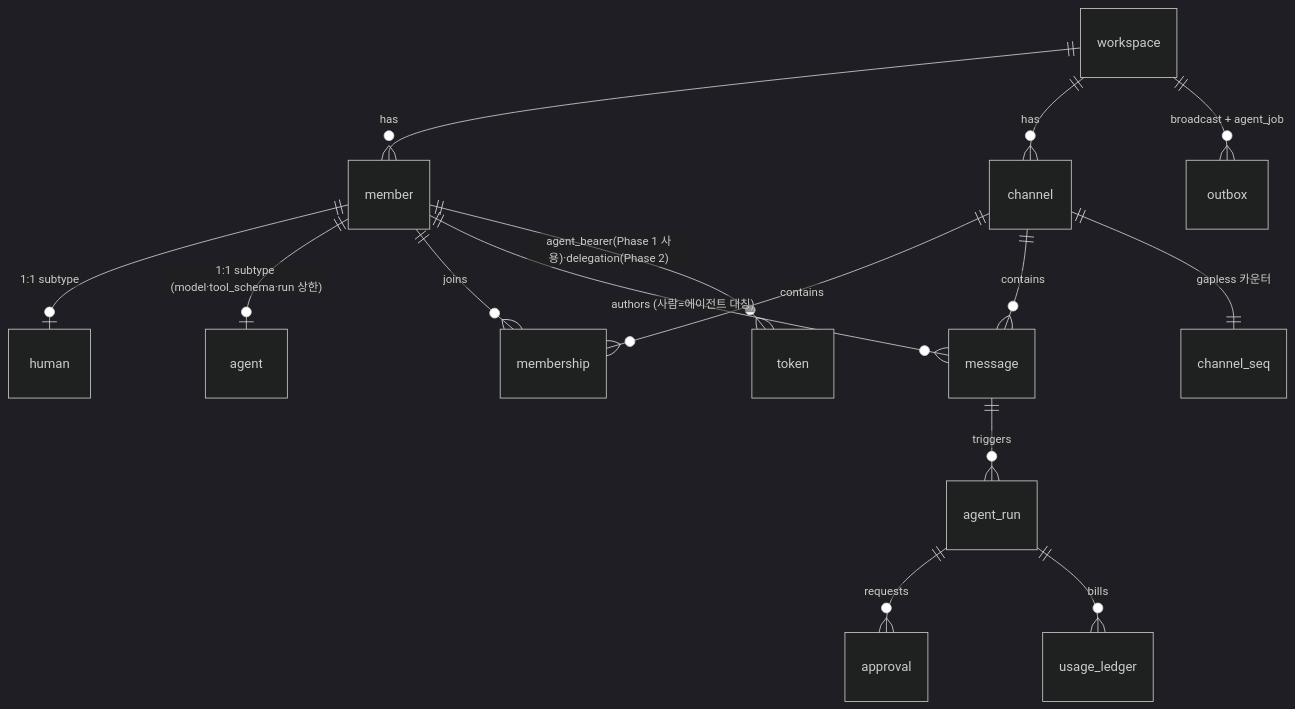
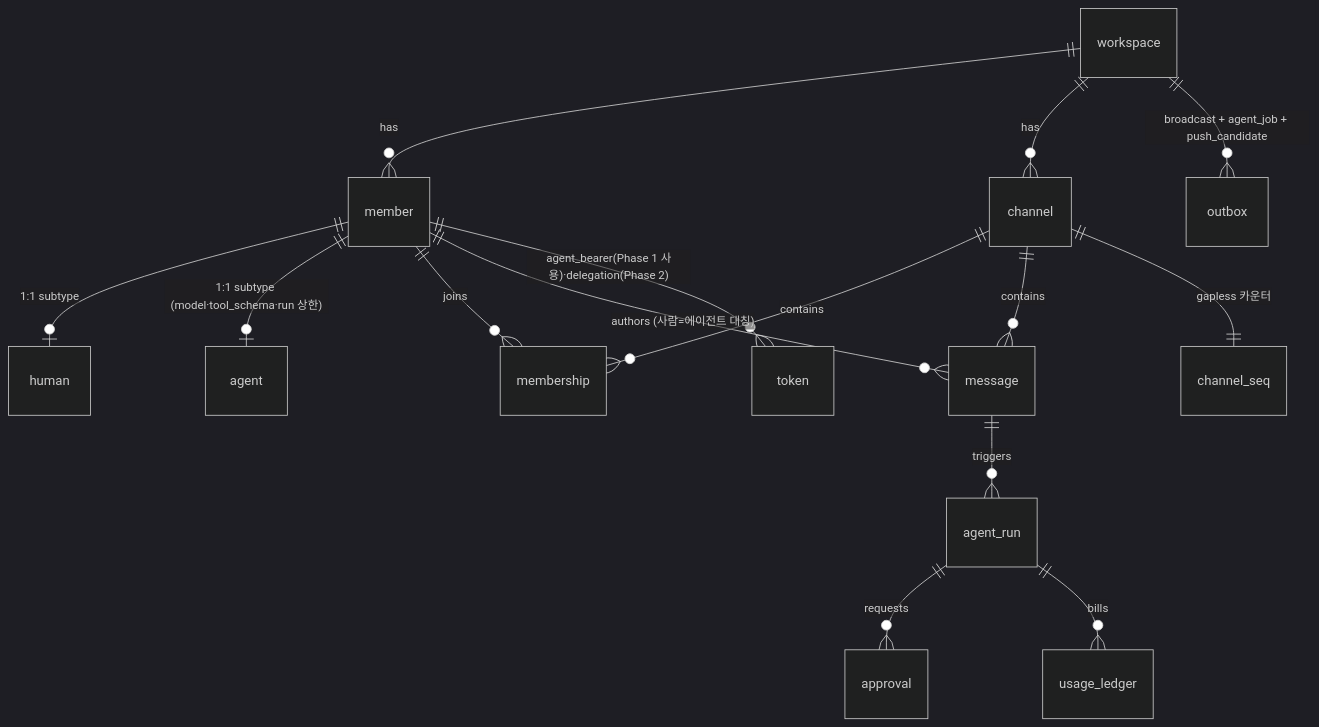
The third of 3 diagrams in docs/architecture/overview.md (yeomyeonggeori/oort), drawn with Mermaid (dark theme) before and after one commit. The commit also changed other lines of this file and 2 other files, not shown here.

Commit message:
fix(notifier): review #424 H1+M1+L1 — real relay status settle + human filter + overview canon
- H1: overview.md — outbox ER label에 push_candidate 추가, 쓰기 경로 절에
  011 트리거 생산자(유일, 신규는 ADR 필요)와 3-소비자 kind 상호 배제 명시
  (ADR-0100 관리 규칙: 어긋나는 변경은 같은 PR에서 문서 갱신)
- M1: permanentFailure를 합성 400 대신 실제 relay HTTP status +
  "relay_http:" 접두 reason으로 settle — P-3가 relay 실패를 APNs 400으로
  오독해 건강한 토큰을 무효화할 수 없게
- L1: recipients에 mem.kind='human' 방어 필터 + device join workspace 술어

NotifierWorker swift build PASS, unit tests 0 failure.

Claude-Session: https://claude.ai/code/session_01TYGcxcWzQoySyjcApvfRzj

````diff
--- a/docs/architecture/overview.md
+++ b/docs/architecture/overview.md
@@ -175,17 +176,17 @@
 ```mermaid
 erDiagram
     workspace ||--o{ member : has
     member ||--o| human : "1:1 subtype"
     member ||--o| agent : "1:1 subtype (model·tool_schema·run 상한)"
     workspace ||--o{ channel : has
     member ||--o{ membership : joins
     channel ||--o{ membership : contains
     channel ||--o{ message : contains
     member ||--o{ message : "authors (사람=에이전트 대칭)"
     message ||--o{ agent_run : triggers
     agent_run ||--o{ approval : requests
     member ||--o{ token : "agent_bearer(Phase 1 사용)·delegation(Phase 2)"
     channel ||--|| channel_seq : "gapless 카운터"
-    workspace ||--o{ outbox : "broadcast + agent_job"
+    workspace ||--o{ outbox : "broadcast + agent_job + push_candidate"
     agent_run ||--o{ usage_ledger : bills
 ```
````
